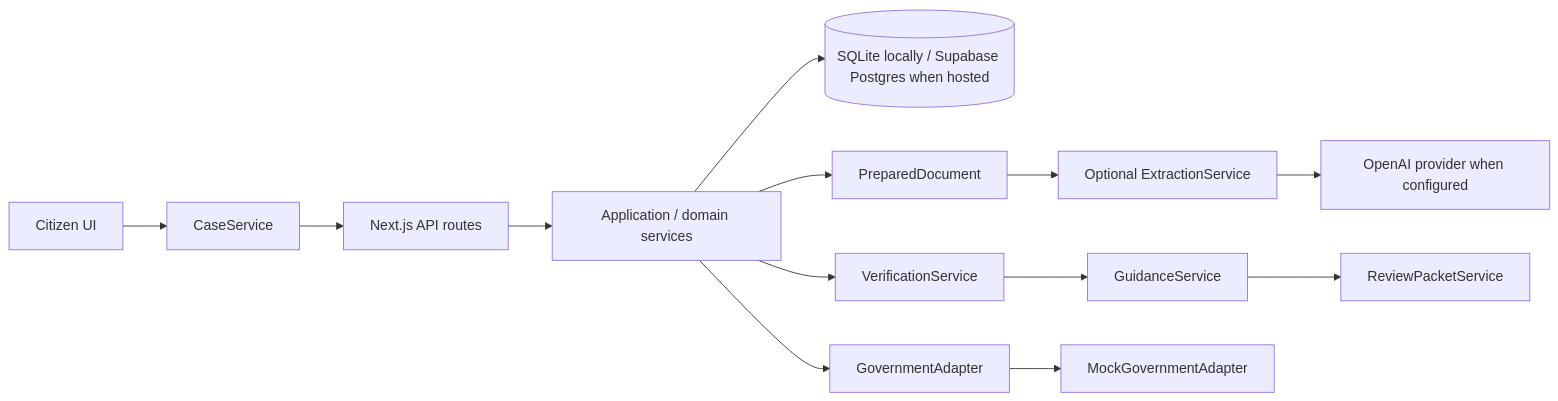
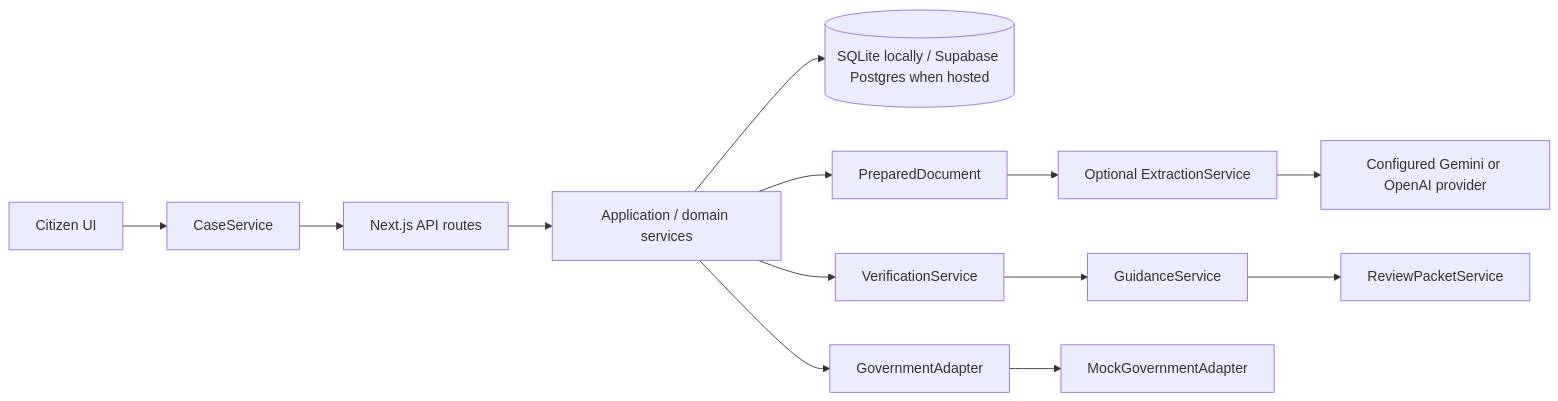
Before and after one commit to Haus-Nous/bhoomi-check: the first of 2 diagrams in docs/ARCHITECTURE.md, drawn with Mermaid. The commit also changed 14 other files, not shown here.

Commit message:
Phase 15B: add Gemini and multi-provider extraction

````diff
--- a/docs/ARCHITECTURE.md
+++ b/docs/ARCHITECTURE.md
@@ -5,15 +5,15 @@
 ```mermaid
 flowchart LR
   UI[Citizen UI] --> CS[CaseService]
   CS --> API[Next.js API routes]
   API --> APP[Application / domain services]
   APP --> DB[(SQLite locally / Supabase Postgres when hosted)]
   APP --> PREP[PreparedDocument]
   PREP --> EXT[Optional ExtractionService]
-  EXT --> OAI[OpenAI provider when configured]
+  EXT --> AI[Configured Gemini or OpenAI provider]
   APP --> VER[VerificationService]
   VER --> GUIDE[GuidanceService]
   GUIDE --> PACKET[ReviewPacketService]
   APP --> GOV[GovernmentAdapter]
   GOV --> MOCK[MockGovernmentAdapter]
 ```
````
